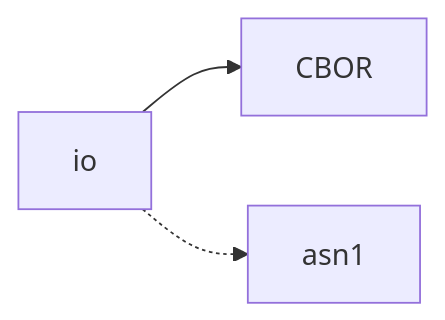
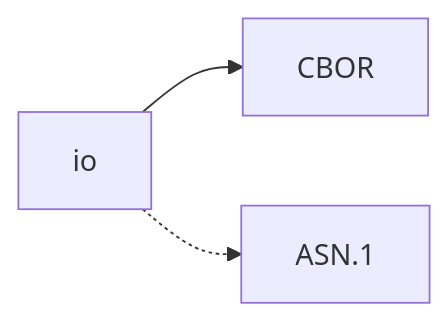
One commit to princeb612/hotplace changed the second of 4 diagrams in DEVNOTES.md. Above: the diagram before and after it, drawn with Mermaid. The commit also changed other lines of this file and 116 other files, not shown here.

````diff
--- a/DEVNOTES.md
+++ b/DEVNOTES.md
@@ -5,7 +28,5 @@
 ```mermaid
 flowchart LR
-  A[io] --> B;
-  B[CBOR];
-  A-.-> C;
-  C[asn1];
+  A[io] --> B[CBOR];
+  A -.-> C[ASN.1];
 ```
````
